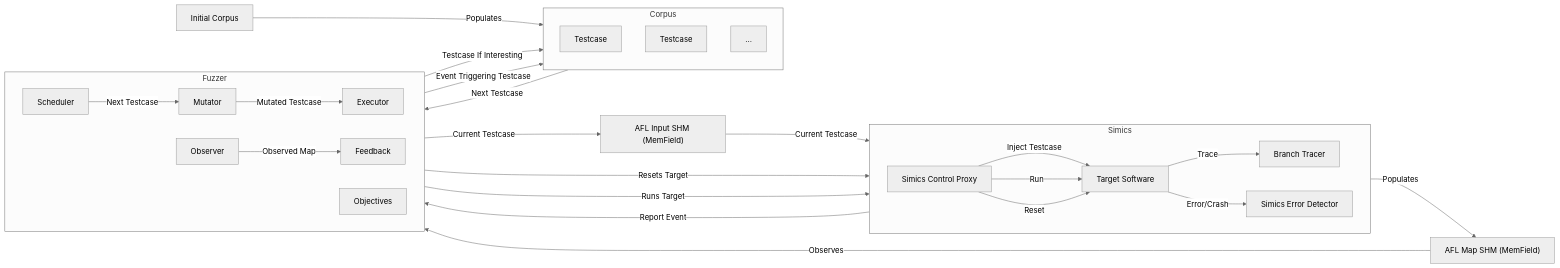
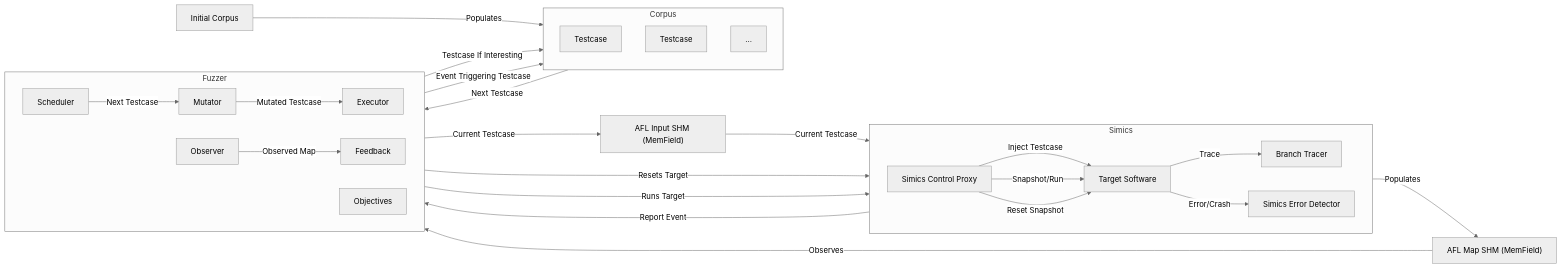
The first of 2 diagrams in docs/LAYOUT.md (intel/tsffs), drawn with Mermaid (neutral theme) before and after one commit. The commit also changed other lines of this file and 10 other files, not shown here.

````diff
--- a/docs/LAYOUT.md
+++ b/docs/LAYOUT.md
@@ -1,58 +1,58 @@
 ```mermaid
 flowchart LR
     MAP_SHM["AFL Map SHM (MemField)"]
     INP_SHM["AFL Input SHM (MemField)"]
     INIT_CORP["Initial Corpus"]
 
     subgraph Simics
     direction LR
     %% Entries
     BTRACE[Branch Tracer]
     TARG[Target Software]
     IFACE[Simics Control Proxy]
     DETECT[Simics Error Detector]
     %% Links
     TARG-->|Trace|BTRACE
     IFACE-->|Inject Testcase|TARG
-    IFACE-->|Run|TARG
-    IFACE-->|Reset|TARG
+    IFACE-->|Snapshot/Run|TARG
+    IFACE-->|Reset Snapshot|TARG
     TARG-->|Error/Crash|DETECT
     end
 
 
     subgraph Corpus
     direction TB
     %% Entries
     T1[Testcase]
     T2[Testcase]
     T3[...]
     end
 
     subgraph Fuzzer
     %% Entries
     direction LR
     SCHED[Scheduler]
     EXEC[Executor]
     MUT[Mutator]
     OBS[Observer]
     FEED[Feedback]
     OBJ[Objectives]
     %% Links
     SCHED-->|Next Testcase|MUT
     MUT-->|Mutated Testcase|EXEC
     OBS-->|Observed Map|FEED
     end
 
     FEED-->|Testcase If Interesting|Corpus
 
     EXEC-->|Resets Target|IFACE
     EXEC-->|Runs Target|IFACE
     EXEC-->|Current Testcase|INP_SHM
     INP_SHM-->|Current Testcase|IFACE
     BTRACE-->|Populates|MAP_SHM
     MAP_SHM-->|Observes|OBS
     Corpus-->|Next Testcase|SCHED
     INIT_CORP-->|Populates|Corpus
     DETECT-->|Report Event|OBJ
     OBJ-->|Event Triggering Testcase|Corpus
 ```
````
